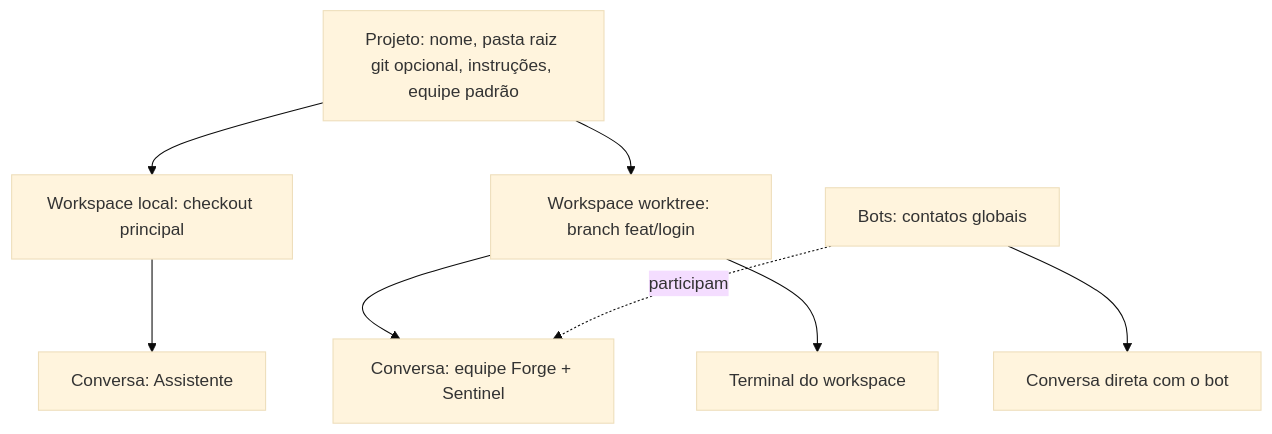
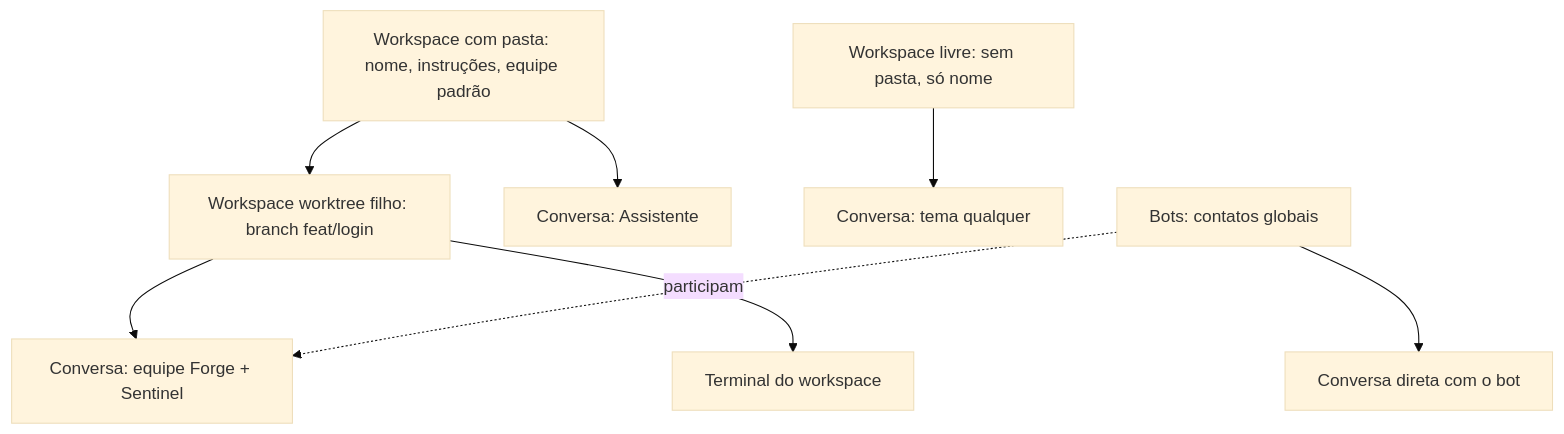
The diagram in ESTRATEGIA_POLITRON.md (lchenrique/politron-agents), drawn with Mermaid (base theme) before and after one commit. The commit also changed other lines of this file, not shown here.

First line of the commit message:
docs: registra fusão de Projeto em Workspace na estratégia

````diff
--- a/ESTRATEGIA_POLITRON.md
+++ b/ESTRATEGIA_POLITRON.md
@@ -16,10 +18,10 @@
 ```mermaid
 flowchart TD
-  P[Projeto: nome, pasta raiz git opcional, instruções, equipe padrão] --> W1[Workspace local: checkout principal]
-  P --> W2[Workspace worktree: branch feat/login]
+  W1[Workspace com pasta: nome, instruções, equipe padrão] --> W2[Workspace worktree filho: branch feat/login]
   W1 --> C1[Conversa: Assistente]
   W2 --> C2[Conversa: equipe Forge + Sentinel]
   W2 --> T[Terminal do workspace]
+  WL[Workspace livre: sem pasta, só nome] --> C3[Conversa: tema qualquer]
   B[Bots: contatos globais] -.participam.-> C2
   B --> D[Conversa direta com o bot]
 ```
````
